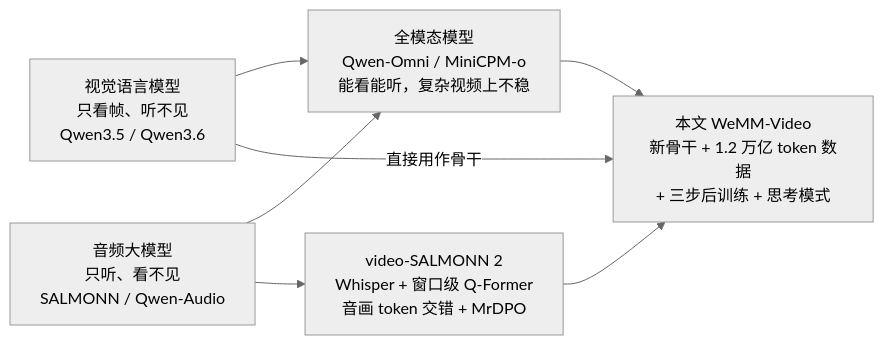
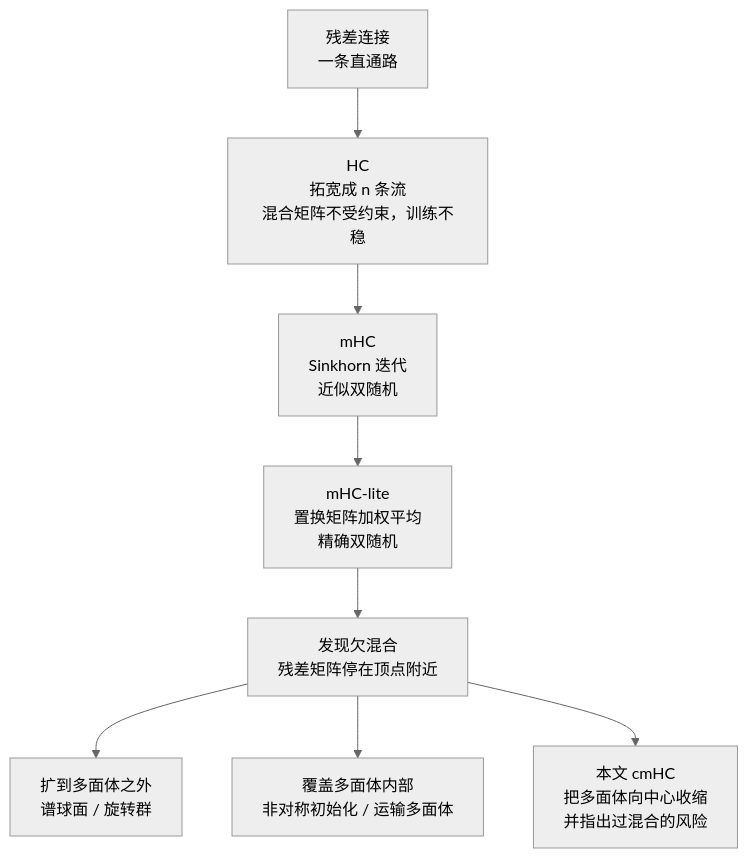
Before and after one commit to yingwang/paper-reads: the first of 4 diagrams in docs/index.md, drawn with Mermaid (neutral theme). The commit also changed other lines of this file and 2 other files, not shown here.

````diff
--- a/docs/index.md
+++ b/docs/index.md
@@ -77,9 +82,10 @@
 ```mermaid
-flowchart LR
-    A["视觉语言模型<br/>只看帧、听不见<br/>Qwen3.5 / Qwen3.6"] --> C["全模态模型<br/>Qwen-Omni / MiniCPM-o<br/>能看能听，复杂视频上不稳"]
-    B["音频大模型<br/>只听、看不见<br/>SALMONN / Qwen-Audio"] --> C
-    B --> D["video-SALMONN 2<br/>Whisper + 窗口级 Q-Former<br/>音画 token 交错 + MrDPO"]
-    C --> E["本文 WeMM-Video<br/>新骨干 + 1.2 万亿 token 数据<br/>+ 三步后训练 + 思考模式"]
-    D --> E
-    A -- "直接用作骨干" --> E
+flowchart TB
+    R["残差连接<br/>一条直通路"] --> HC["HC<br/>拓宽成 n 条流<br/>混合矩阵不受约束，训练不稳"]
+    HC --> M["mHC<br/>Sinkhorn 迭代<br/>近似双随机"]
+    M --> ML["mHC-lite<br/>置换矩阵加权平均<br/>精确双随机"]
+    ML --> U["发现欠混合<br/>残差矩阵停在顶点附近"]
+    U --> X["扩到多面体之外<br/>谱球面 / 旋转群"]
+    U --> Y["覆盖多面体内部<br/>非对称初始化 / 运输多面体"]
+    U --> C["本文 cmHC<br/>把多面体向中心收缩<br/>并指出过混合的风险"]
 ```
````
